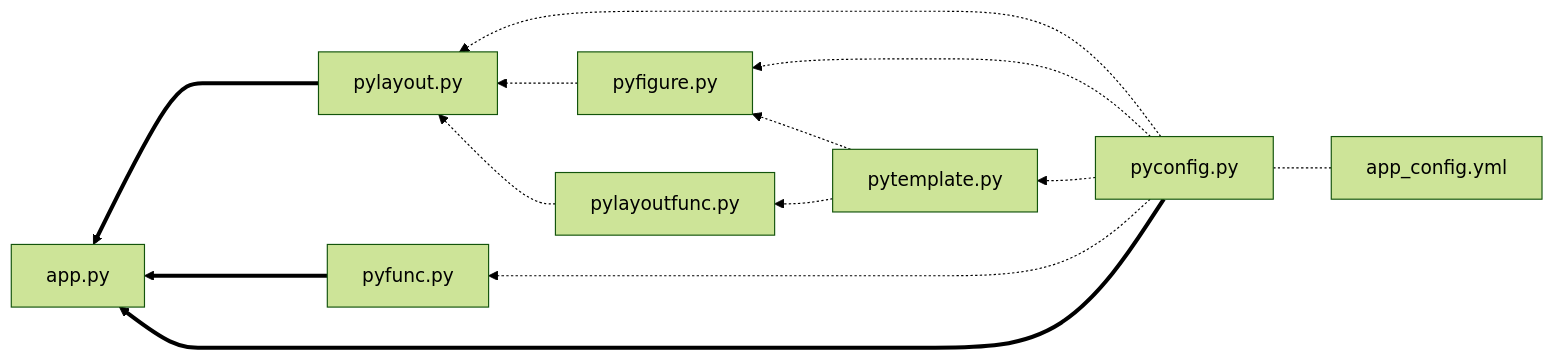
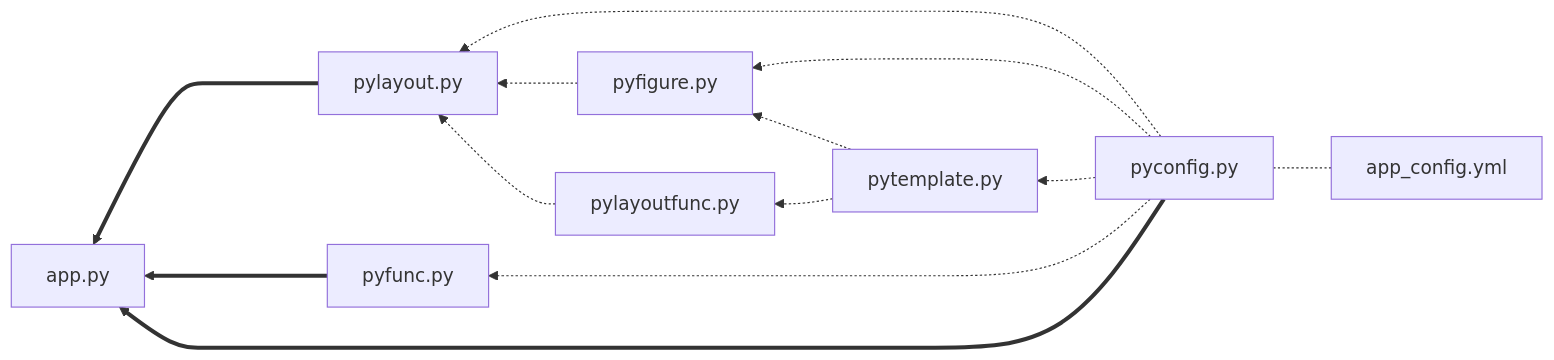
The first of 5 diagrams in hidrokit/webapps-rainfall.qmd (fiakoengineering/manual), drawn with Mermaid before and after one commit. The commit also changed other lines of this file and 7 other files, not shown here.

````diff
--- a/hidrokit/webapps-rainfall.qmd
+++ b/hidrokit/webapps-rainfall.qmd
@@ -219,33 +219,32 @@
 ```{mermaid}
 %%| label: fig-structure-apps
 %%| fig-cap: Gambaran struktur aplikasi[^str-apps].
 %%| fig-height: 100%
-%%{ init: { 'flowchart': { 'curve': 'bump' }, 'theme': 'forest' } }%%
 flowchart RL
     pylayout[pylayout.py]
     pylayoutfunc[pylayoutfunc.py]
     pyfigure[pyfigure.py]
     pytemplate[pytemplate.py]
     pyfunc[pyfunc.py]
     pyconfig[pyconfig.py]
     appconfig[app_config.yml]
     app[app.py]
 
     appconfig -.- pyconfig
 
     pyconfig -.-> pylayout
     pyconfig -.-> pyfigure
     pyconfig -.-> pytemplate
     pyconfig -.-> pyfunc
     
     pytemplate -.-> pyfigure
     pytemplate -.-> pylayoutfunc
     
     
     pylayoutfunc -.-> pylayout
     pyfigure -.-> pylayout
     
     pyconfig ====> app
     pylayout ====> app
     pyfunc ====> app
 ```
````
